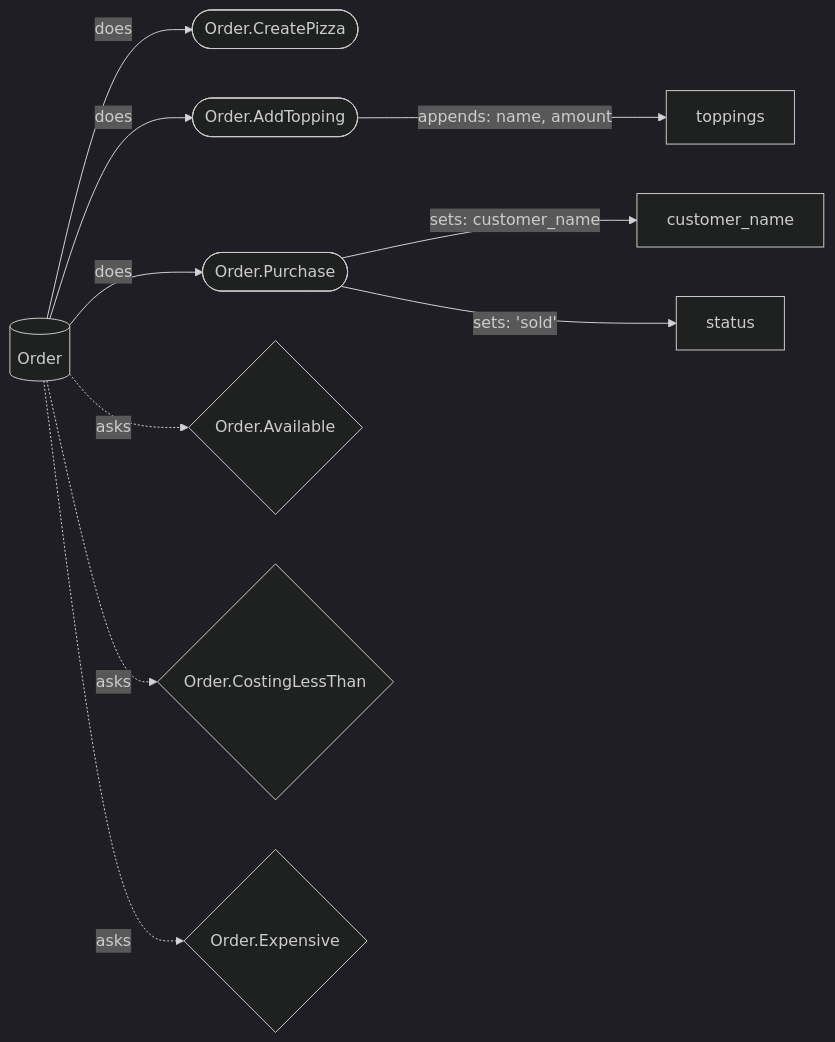
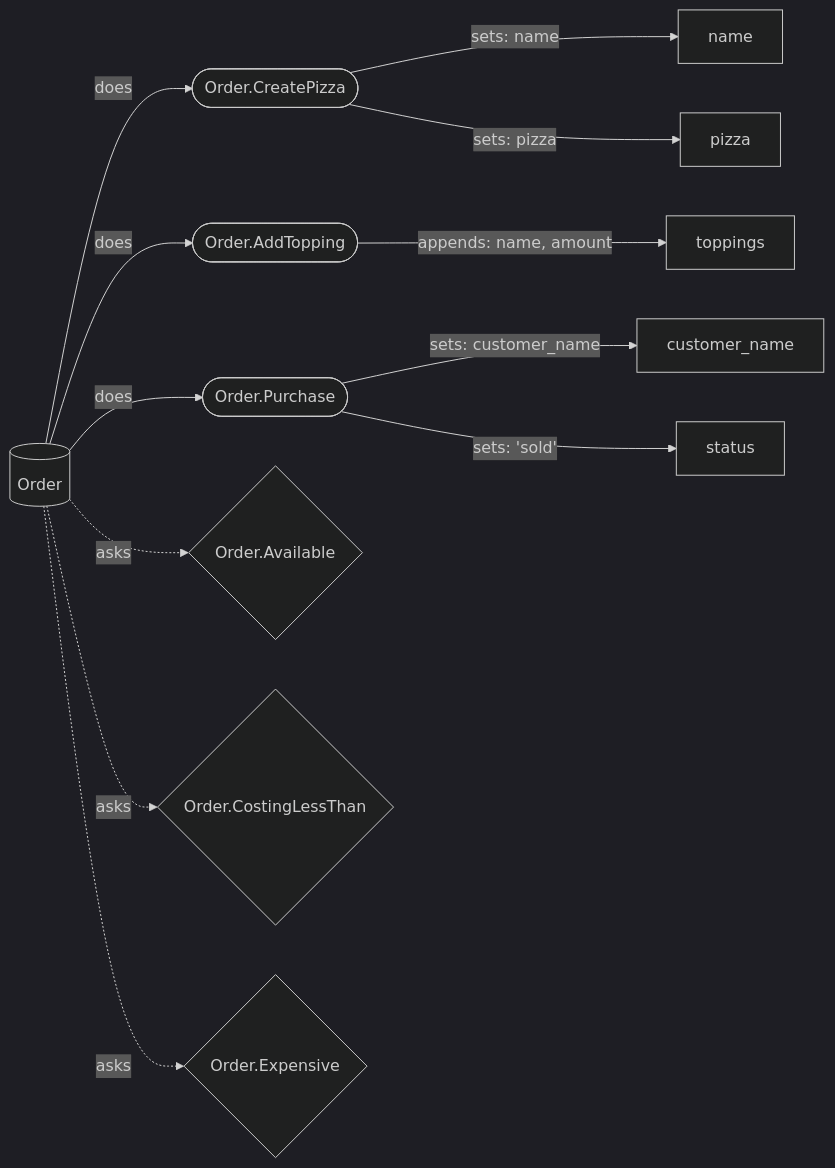
One commit to chrisyoung/hecks changed the diagram in docs/generated/diagrams/pizzas/Order_surface.mmd. Above: the diagram before and after it, drawn with Mermaid (dark theme). The commit also changed 17 other files, not shown here.

```diff
--- a/docs/generated/diagrams/pizzas/Order_surface.mmd
+++ b/docs/generated/diagrams/pizzas/Order_surface.mmd
@@ -1,12 +1,14 @@
 %% GENERATED by bin/project_diagrams from Order's own declared commands (and what each writes) and queries — DO NOT EDIT BY HAND.
 %% Re-run `bin/project_diagrams <domain-path> Pizzas` after any change.
 flowchart LR
     Order[(Order)] -->|does| cmd_Order_CreatePizza(["Order.CreatePizza"])
     Order[(Order)] -->|does| cmd_Order_AddTopping(["Order.AddTopping"])
     Order[(Order)] -->|does| cmd_Order_Purchase(["Order.Purchase"])
+    cmd_Order_CreatePizza(["Order.CreatePizza"]) -->|"sets: name"| attr_Order_name[name]
+    cmd_Order_CreatePizza(["Order.CreatePizza"]) -->|"sets: pizza"| attr_Order_pizza[pizza]
     cmd_Order_AddTopping(["Order.AddTopping"]) -->|"appends: name, amount"| attr_Order_toppings[toppings]
     cmd_Order_Purchase(["Order.Purchase"]) -->|"sets: customer_name"| attr_Order_customer_name[customer_name]
     cmd_Order_Purchase(["Order.Purchase"]) -->|"sets: 'sold'"| attr_Order_status[status]
     Order[(Order)] -.->|asks| qry_Order_Available{"Order.Available"}
     Order[(Order)] -.->|asks| qry_Order_CostingLessThan{"Order.CostingLessThan"}
     Order[(Order)] -.->|asks| qry_Order_Expensive{"Order.Expensive"}
```
